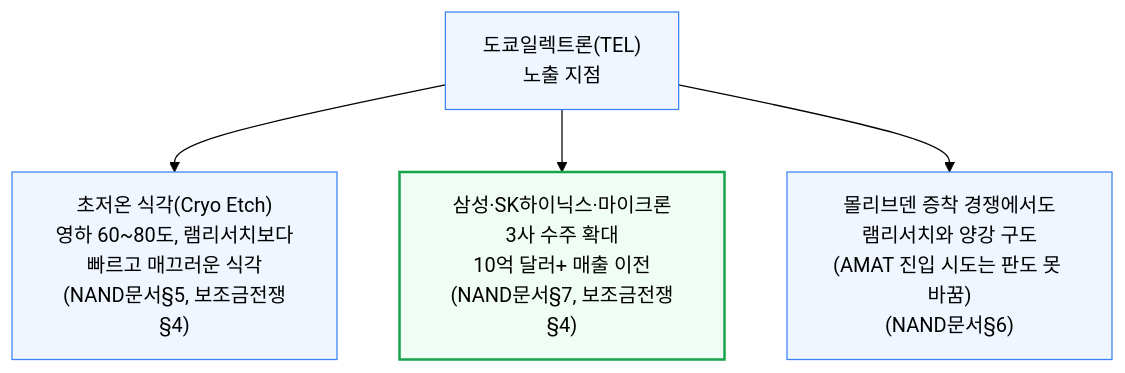
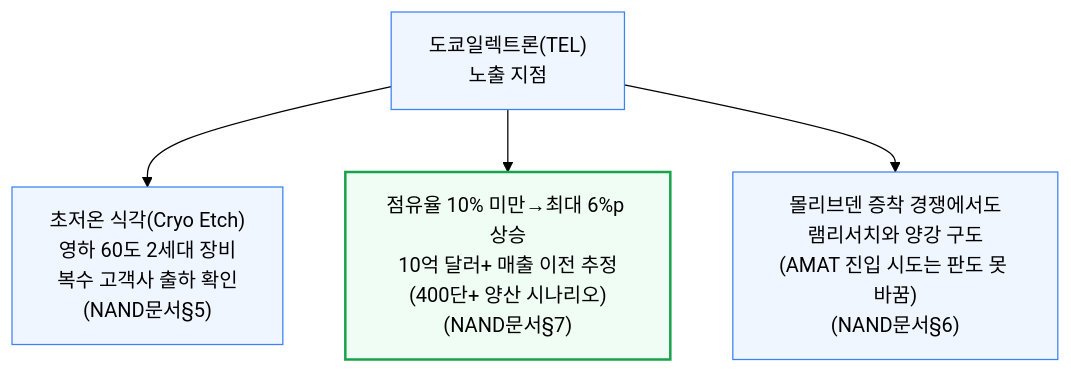
Before and after one commit to yohan4477/semi-report: the fifth of 12 diagrams in 통합 리포트/[260706] 기업별 익스포저 리포트 - 반도체·메모리.md, drawn with Mermaid (forest theme). The commit also changed other lines of this file and 1 other file, not shown here.

````diff
--- a/통합 리포트/[260706] 기업별 익스포저 리포트 - 반도체·메모리.md
+++ b/통합 리포트/[260706] 기업별 익스포저 리포트 - 반도체·메모리.md
@@ -168,10 +167,10 @@
 ```mermaid
 flowchart TD
-    TEL_["도쿄일렉트론(TEL)<br/>노출 지점"] --> A["초저온 식각(Cryo Etch)<br/>영하 60~80도, 램리서치보다<br/>빠르고 매끄러운 식각<br/>(NAND문서§5, 보조금전쟁§4)"]
-    TEL_ --> B["삼성·SK하이닉스·마이크론<br/>3사 수주 확대<br/>10억 달러+ 매출 이전<br/>(NAND문서§7, 보조금전쟁§4)"]
+    TEL_["도쿄일렉트론(TEL)<br/>노출 지점"] --> A["초저온 식각(Cryo Etch)<br/>영하 60도 2세대 장비<br/>복수 고객사 출하 확인<br/>(NAND문서§5)"]
+    TEL_ --> B["점유율 10% 미만→최대 6%p 상승<br/>10억 달러+ 매출 이전 추정<br/>(400단+ 양산 시나리오)<br/>(NAND문서§7)"]
     TEL_ --> C["몰리브덴 증착 경쟁에서도<br/>램리서치와 양강 구도<br/>(AMAT 진입 시도는 판도 못 바꿈)<br/>(NAND문서§6)"]
 
     classDef default fill:#eff6ff,stroke:#3b82f6,stroke-width:1px;
     classDef success fill:#f0fdf4,stroke:#16a34a,stroke-width:2px;
     class B success;
 ```
````
